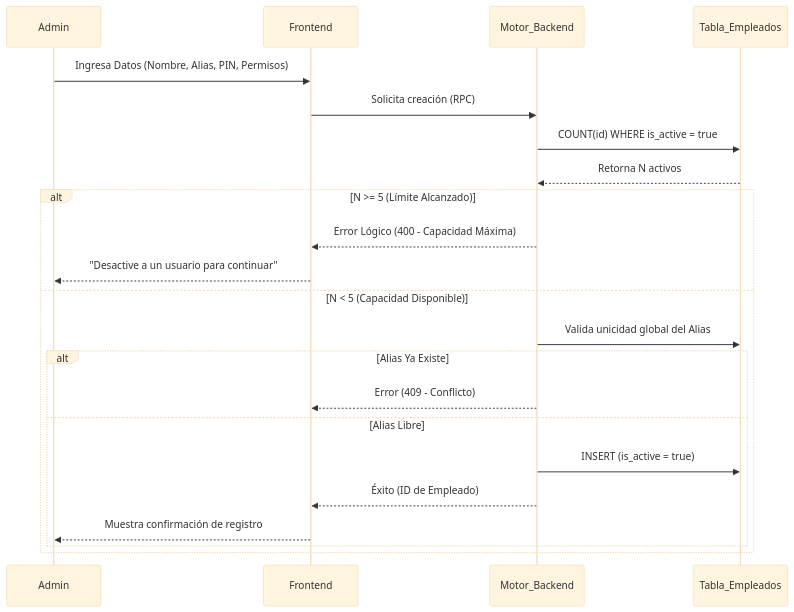
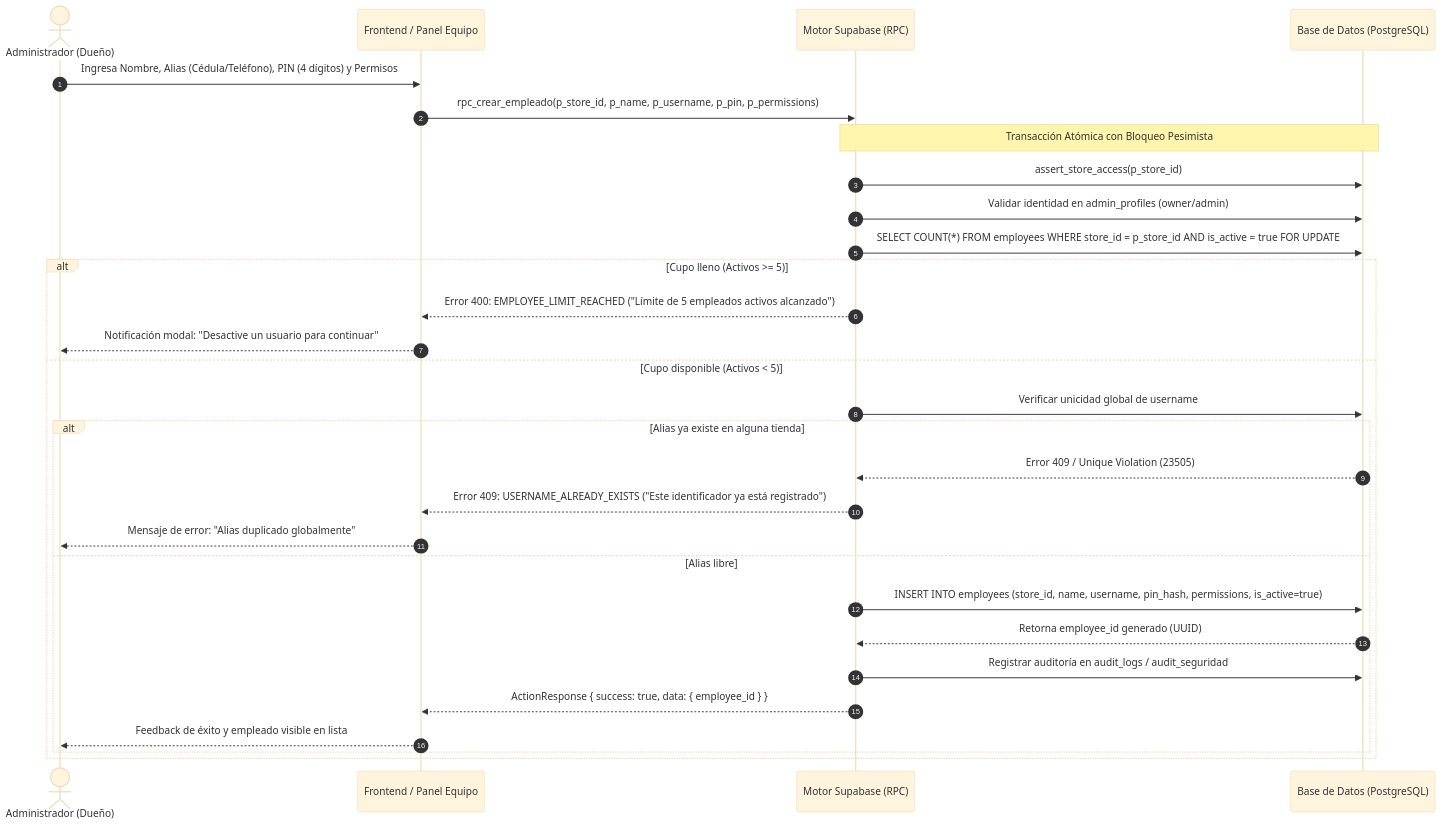
One commit to YamirJCF/tienda-barrio-pro changed the first of 5 diagrams in documentation/01_requirements/SDD/SDD_003_GESTION_EMPLEADOS.md. Above: the diagram before and after it, drawn with Mermaid (base theme). The commit also changed other lines of this file, not shown here.

````diff
--- a/documentation/01_requirements/SDD/SDD_003_GESTION_EMPLEADOS.md
+++ b/documentation/01_requirements/SDD/SDD_003_GESTION_EMPLEADOS.md
@@ -35,28 +54,34 @@
 ```mermaid
 sequenceDiagram
-    participant Admin
-    participant Frontend
-    participant Motor_Backend
-    participant Tabla_Empleados
+    autonumber
+    actor Admin as Administrador (Dueño)
+    participant UI as Frontend / Panel Equipo
+    participant Engine as Motor Supabase (RPC)
+    participant DB as Base de Datos (PostgreSQL)
 
-    Admin->>Frontend: Ingresa Datos (Nombre, Alias, PIN, Permisos)
-    Frontend->>Motor_Backend: Solicita creación (RPC)
+    Admin->>UI: Ingresa Nombre, Alias (Cédula/Teléfono), PIN (4 dígitos) y Permisos
+    UI->>Engine: rpc_crear_empleado(p_store_id, p_name, p_username, p_pin, p_permissions)
     
-    Motor_Backend->>Tabla_Empleados: COUNT(id) WHERE is_active = true
-    Tabla_Empleados-->>Motor_Backend: Retorna N activos
+    Note over Engine, DB: Transacción Atómica con Bloqueo Pesimista
+    Engine->>DB: assert_store_access(p_store_id)
+    Engine->>DB: Validar identidad en admin_profiles (owner/admin)
+    Engine->>DB: SELECT COUNT(*) FROM employees WHERE store_id = p_store_id AND is_active = true FOR UPDATE
     
-    alt N >= 5 (Límite Alcanzado)
-        Motor_Backend-->>Frontend: Error Lógico (400 - Capacidad Máxima)
-        Frontend-->>Admin: "Desactive a un usuario para continuar"
-    else N < 5 (Capacidad Disponible)
-        Motor_Backend->>Tabla_Empleados: Valida unicidad global del Alias
-        
-        alt Alias Ya Existe
-            Motor_Backend-->>Frontend: Error (409 - Conflicto)
-        else Alias Libre
-            Motor_Backend->>Tabla_Empleados: INSERT (is_active = true)
-            Motor_Backend-->>Frontend: Éxito (ID de Empleado)
-            Frontend-->>Admin: Muestra confirmación de registro
+    alt Cupo lleno (Activos >= 5)
+        Engine-->>UI: Error 400: EMPLOYEE_LIMIT_REACHED ("Límite de 5 empleados activos alcanzado")
+        UI-->>Admin: Notificación modal: "Desactive un usuario para continuar"
+    else Cupo disponible (Activos < 5)
+        Engine->>DB: Verificar unicidad global de username
+        alt Alias ya existe en alguna tienda
+            DB-->>Engine: Error 409 / Unique Violation (23505)
+            Engine-->>UI: Error 409: USERNAME_ALREADY_EXISTS ("Este identificador ya está registrado")
+            UI-->>Admin: Mensaje de error: "Alias duplicado globalmente"
+        else Alias libre
+            Engine->>DB: INSERT INTO employees (store_id, name, username, pin_hash, permissions, is_active=true)
+            DB-->>Engine: Retorna employee_id generado (UUID)
+            Engine->>DB: Registrar auditoría en audit_logs / audit_seguridad
+            Engine-->>UI: ActionResponse { success: true, data: { employee_id } }
+            UI-->>Admin: Feedback de éxito y empleado visible en lista
         end
     end
 ```
````
